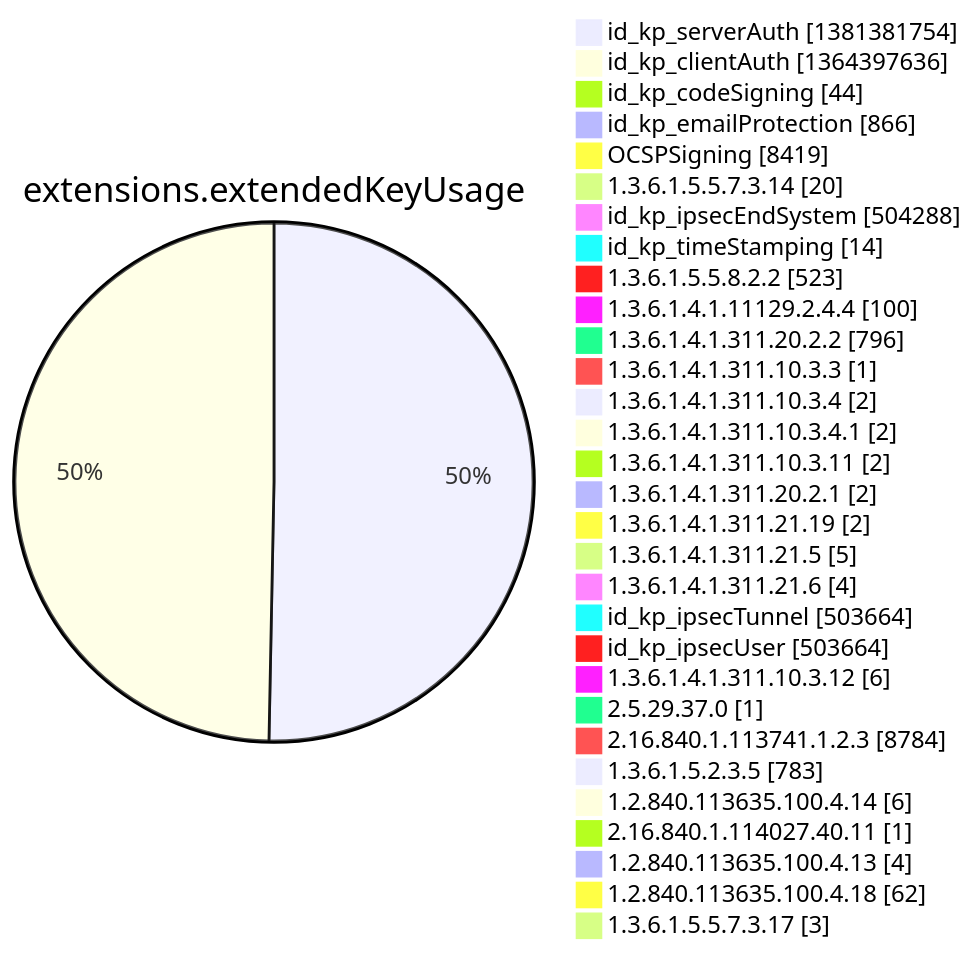
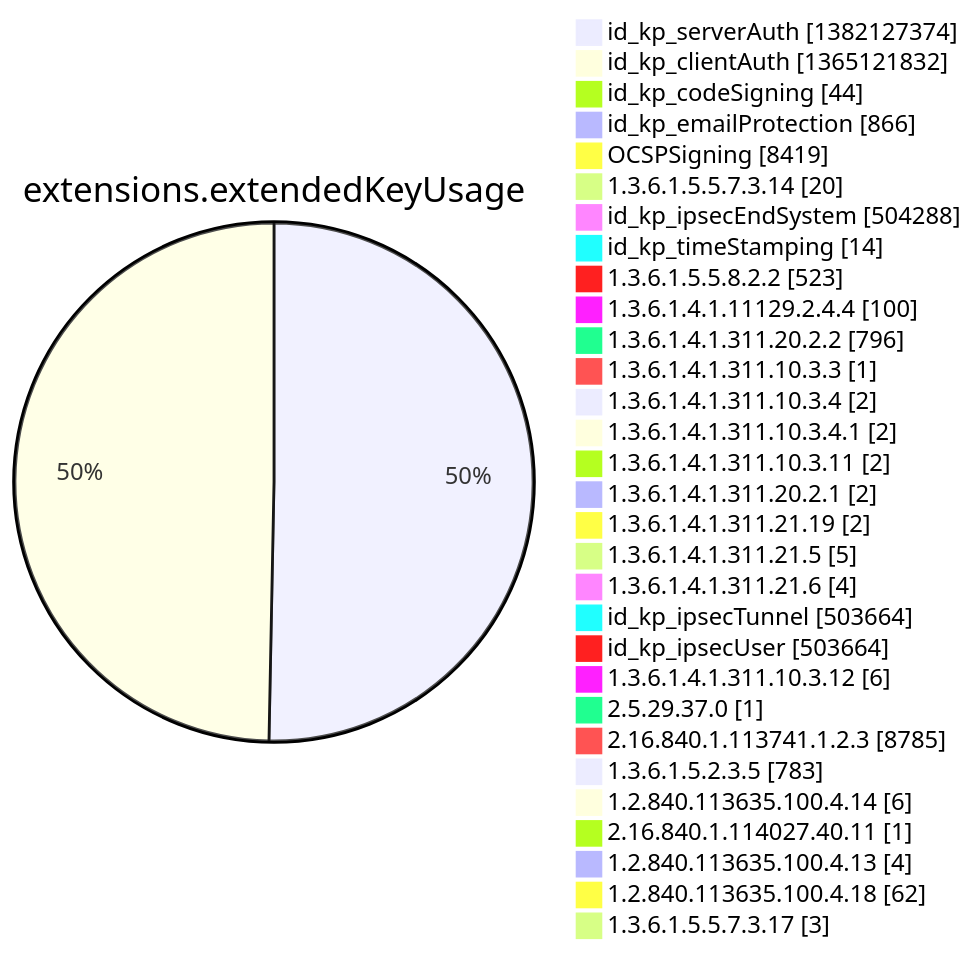
Before and after one commit to christiankrug/ctmonitor_visualization: diagram 12 of 15 in argon2022/README.md, drawn with Mermaid. The commit also changed other lines of this file, not shown here.

````diff
--- a/argon2022/README.md
+++ b/argon2022/README.md
@@ -3554,34 +3554,34 @@
 ```mermaid
 pie showData
 title extensions.extendedKeyUsage
-"id_kp_serverAuth" :1381381754
-"id_kp_clientAuth" :1364397636
+"id_kp_serverAuth" :1382127374
+"id_kp_clientAuth" :1365121832
 "id_kp_codeSigning" :44
 "id_kp_emailProtection" :866
 "OCSPSigning" :8419
 "1.3.6.1.5.5.7.3.14" :20
 "id_kp_ipsecEndSystem" :504288
 "id_kp_timeStamping" :14
 "1.3.6.1.5.5.8.2.2" :523
 "1.3.6.1.4.1.11129.2.4.4" :100
 "1.3.6.1.4.1.311.20.2.2" :796
 "1.3.6.1.4.1.311.10.3.3" :1
 "1.3.6.1.4.1.311.10.3.4" :2
 "1.3.6.1.4.1.311.10.3.4.1" :2
 "1.3.6.1.4.1.311.10.3.11" :2
 "1.3.6.1.4.1.311.20.2.1" :2
 "1.3.6.1.4.1.311.21.19" :2
 "1.3.6.1.4.1.311.21.5" :5
 "1.3.6.1.4.1.311.21.6" :4
 "id_kp_ipsecTunnel" :503664
 "id_kp_ipsecUser" :503664
 "1.3.6.1.4.1.311.10.3.12" :6
 "2.5.29.37.0" :1
-"2.16.840.1.113741.1.2.3" :8784
+"2.16.840.1.113741.1.2.3" :8785
 "1.3.6.1.5.2.3.5" :783
 "1.2.840.113635.100.4.14" :6
 "2.16.840.1.114027.40.11" :1
 "1.2.840.113635.100.4.13" :4
 "1.2.840.113635.100.4.18" :62
 "1.3.6.1.5.5.7.3.17" :3
 ```
````
